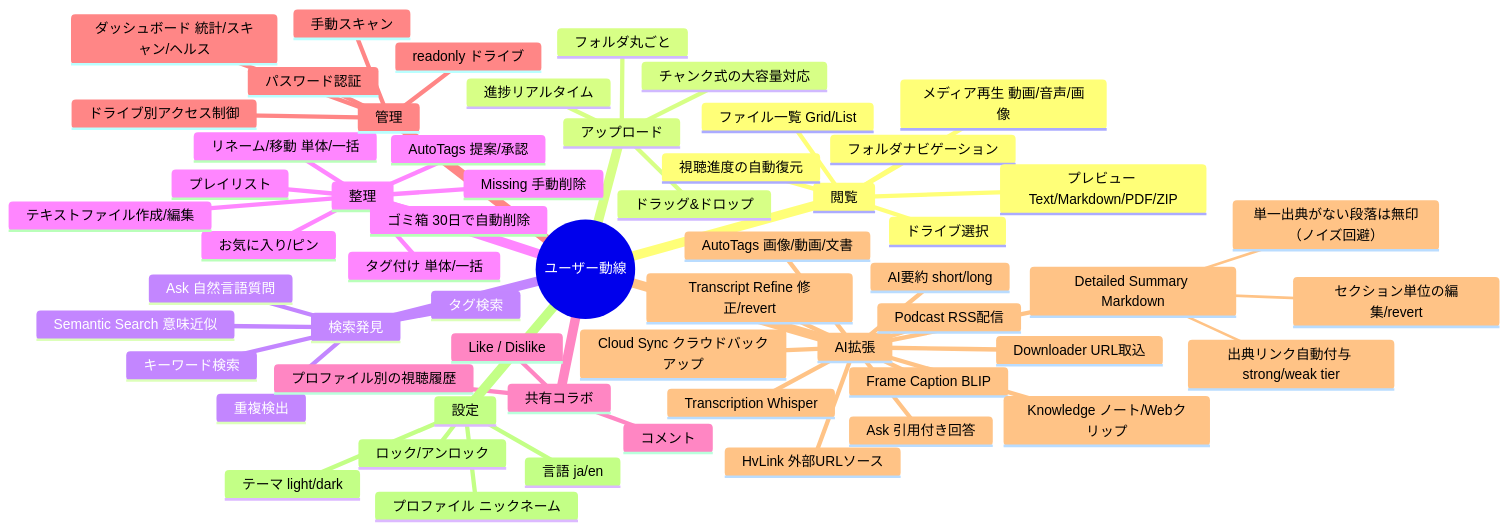
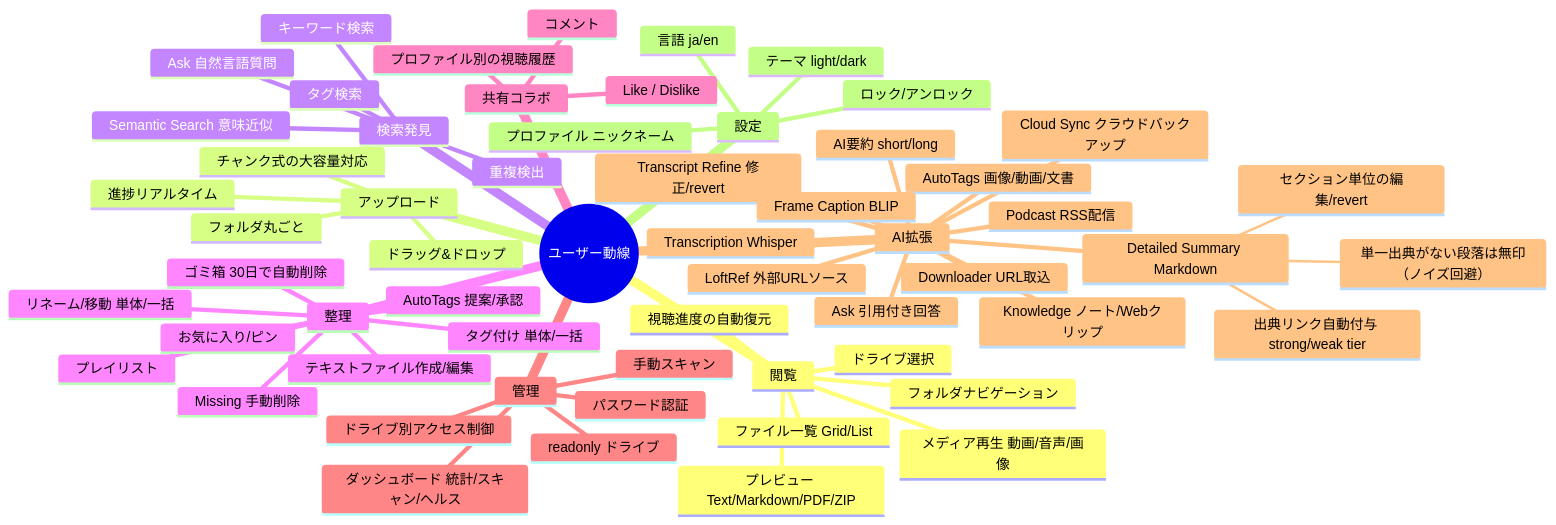
The second of 6 diagrams in docs/FEATURE-MAP.md (mamepenguin/Litloft), drawn with Mermaid before and after one commit. The commit also changed 15 other files, not shown here.

Commit message:
rename: .hvlink → .loft, HvLink → LoftRef, MIME type更新 + FS物理リネーム20件

````diff
--- a/docs/FEATURE-MAP.md
+++ b/docs/FEATURE-MAP.md
@@ -46,62 +46,62 @@
 ```mermaid
 mindmap
   root((ユーザー動線))
     閲覧
       ドライブ選択
       フォルダナビゲーション
       ファイル一覧 Grid/List
       メディア再生 動画/音声/画像
       プレビュー Text/Markdown/PDF/ZIP
       視聴進度の自動復元
     アップロード
       ドラッグ&ドロップ
       チャンク式の大容量対応
       フォルダ丸ごと
       進捗リアルタイム
     検索発見
       キーワード検索
       タグ検索
       重複検出
       Semantic Search 意味近似
       Ask 自然言語質問
     整理
       タグ付け 単体/一括
       プレイリスト
       お気に入り/ピン
       リネーム/移動 単体/一括
       テキストファイル作成/編集
       ゴミ箱 30日で自動削除
       Missing 手動削除
       AutoTags 提案/承認
     共有コラボ
       コメント
       Like / Dislike
       プロファイル別の視聴履歴
     管理
       パスワード認証
       ドライブ別アクセス制御
       readonly ドライブ
       ダッシュボード 統計/スキャン/ヘルス
       手動スキャン
     AI拡張
       AI要約 short/long
       Detailed Summary Markdown
         出典リンク自動付与 strong/weak tier
         単一出典がない段落は無印（ノイズ回避）
         セクション単位の編集/revert
       AutoTags 画像/動画/文書
       Ask 引用付き回答
       Transcript Refine 修正/revert
       Transcription Whisper
       Frame Caption BLIP
       Knowledge ノート/Webクリップ
       Downloader URL取込
-      HvLink 外部URLソース
+      LoftRef 外部URLソース
       Cloud Sync クラウドバックアップ
       Podcast RSS配信
     設定
       言語 ja/en
       テーマ light/dark
       プロファイル ニックネーム
       ロック/アンロック
 ```
````
